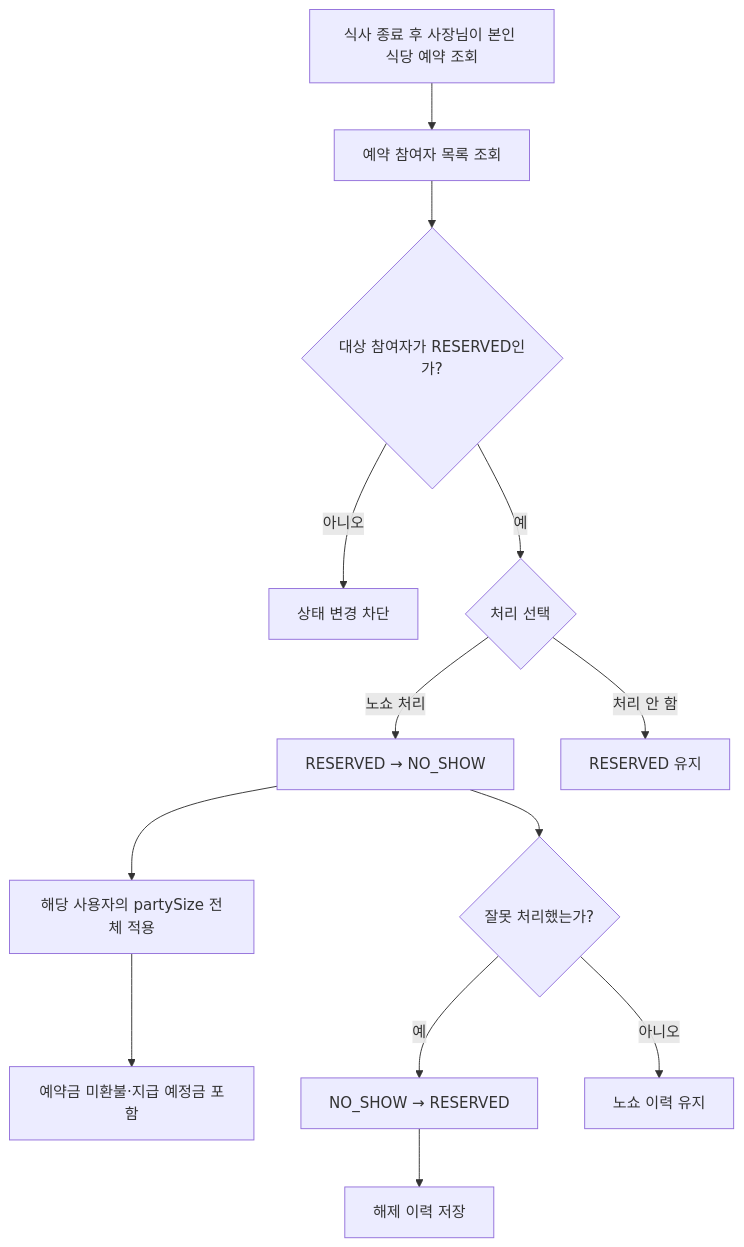
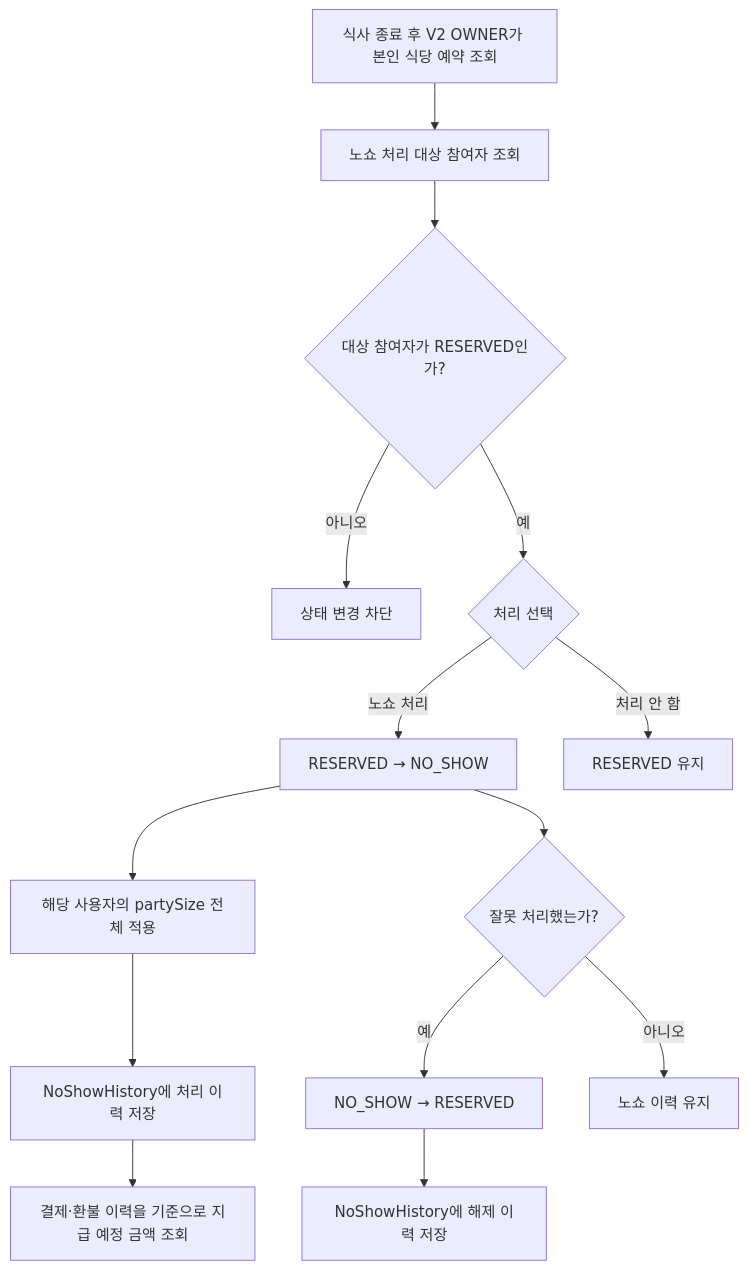
The fourth of 8 diagrams in docs/bobfull_full_flowchart_mermaid.md (bobfull-project/bobfull-backend), drawn with Mermaid before and after one commit. The commit also changed other lines of this file and 6 other files, not shown here.

Commit message:
docs: 프로젝트 정책 API ERD 동기화

````diff
--- a/docs/bobfull_full_flowchart_mermaid.md
+++ b/docs/bobfull_full_flowchart_mermaid.md
@@ -154,15 +172,16 @@
 ```mermaid
 flowchart TD
-    V1[식사 종료 후 사장님이 본인 식당 예약 조회] --> V2[예약 참여자 목록 조회]
+    V1[식사 종료 후 V2 OWNER가 본인 식당 예약 조회] --> V2[노쇼 처리 대상 참여자 조회]
     V2 --> V3{대상 참여자가 RESERVED인가?}
     V3 -- 아니오 --> VERR[상태 변경 차단]
     V3 -- 예 --> V4{처리 선택}
     V4 -- 노쇼 처리 --> V5[RESERVED → NO_SHOW]
     V5 --> V6[해당 사용자의 partySize 전체 적용]
-    V6 --> V7[예약금 미환불·지급 예정금 포함]
+    V6 --> V7[NoShowHistory에 처리 이력 저장]
     V4 -- 처리 안 함 --> V8[RESERVED 유지]
     V5 --> V9{잘못 처리했는가?}
     V9 -- 예 --> V10[NO_SHOW → RESERVED]
-    V10 --> V11[해제 이력 저장]
+    V10 --> V11[NoShowHistory에 해제 이력 저장]
     V9 -- 아니오 --> V12[노쇼 이력 유지]
+    V7 --> V13[결제·환불 이력을 기준으로 지급 예정 금액 조회]
 ```
````
